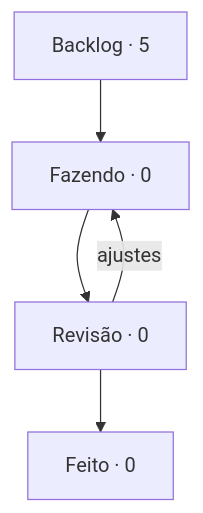
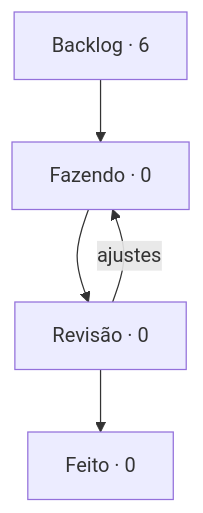
One commit to StudioVibi/VibiKanban changed the diagram in boards/dungeon-bend/BOARD.md. Above: the diagram before and after it, drawn with Mermaid. The commit also changed other lines of this file and 2 other files, not shown here.

````diff
--- a/boards/dungeon-bend/BOARD.md
+++ b/boards/dungeon-bend/BOARD.md
@@ -5,10 +5,10 @@
 ```mermaid
 flowchart TD
-  backlog["Backlog · 5"] --> doing["Fazendo · 0"]
+  backlog["Backlog · 6"] --> doing["Fazendo · 0"]
   doing --> review["Revisão · 0"]
   review --> done["Feito · 0"]
   review -->|ajustes| doing
   doing:::blue
   review:::yellow
   done:::green
 ```
````
